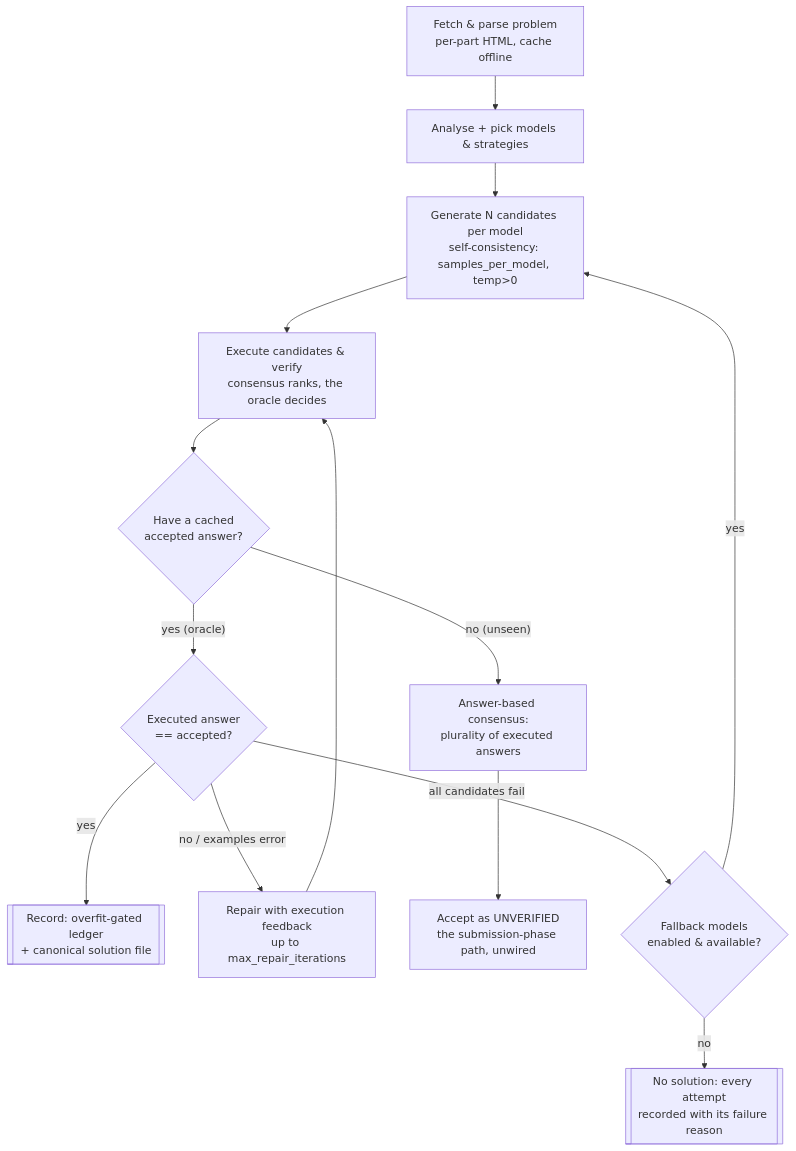
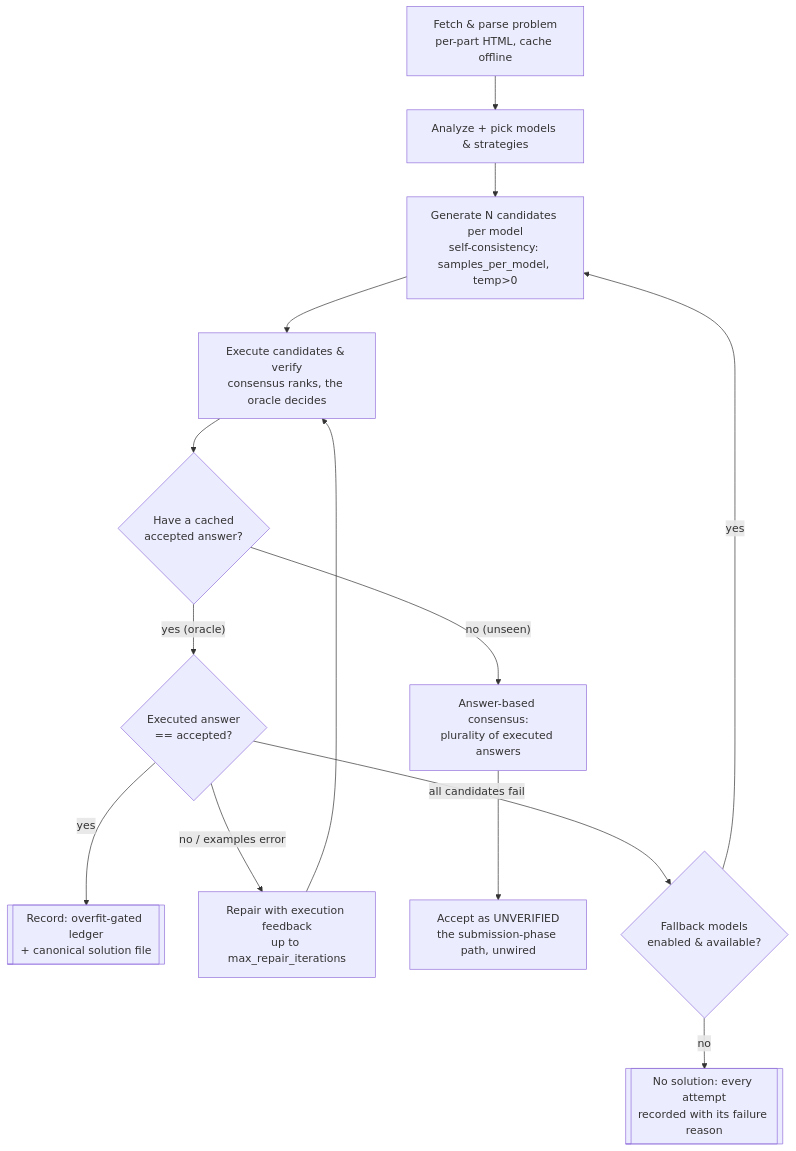
The diagram in README.md (geniusworks/problem-solver), drawn with Mermaid before and after one commit. The commit also changed other lines of this file and 4 other files, not shown here.

````diff
--- a/README.md
+++ b/README.md
@@ -157,16 +187,16 @@
 ```mermaid
 flowchart TD
-    A[Fetch & parse problem<br/>per-part HTML, cache offline] --> B[Analyse + pick models & strategies]
+    A[Fetch & parse problem<br/>per-part HTML, cache offline] --> B[Analyze + pick models & strategies]
     B --> C[Generate N candidates per model<br/>self-consistency: samples_per_model, temp&gt;0]
     C --> V[Execute candidates &amp; verify<br/>consensus ranks, the oracle decides]
     V --> Q{Have a cached<br/>accepted answer?}
     Q -- "yes (oracle)" --> M{Executed answer<br/>== accepted?}
     M -- yes --> REC[[Record: overfit-gated ledger<br/>+ canonical solution file]]
     M -- "no / examples error" --> REP[Repair with execution feedback<br/>up to max_repair_iterations]
     REP --> V
     Q -- "no (unseen)" --> PLUR[Answer-based consensus:<br/>plurality of executed answers]
     PLUR --> UNV[Accept as UNVERIFIED<br/>the submission-phase path, unwired]
     M -- "all candidates fail" --> FB{Fallback models<br/>enabled & available?}
     FB -- yes --> C
     FB -- no --> NONE[[No solution: every attempt<br/>recorded with its failure reason]]
 ```
````
